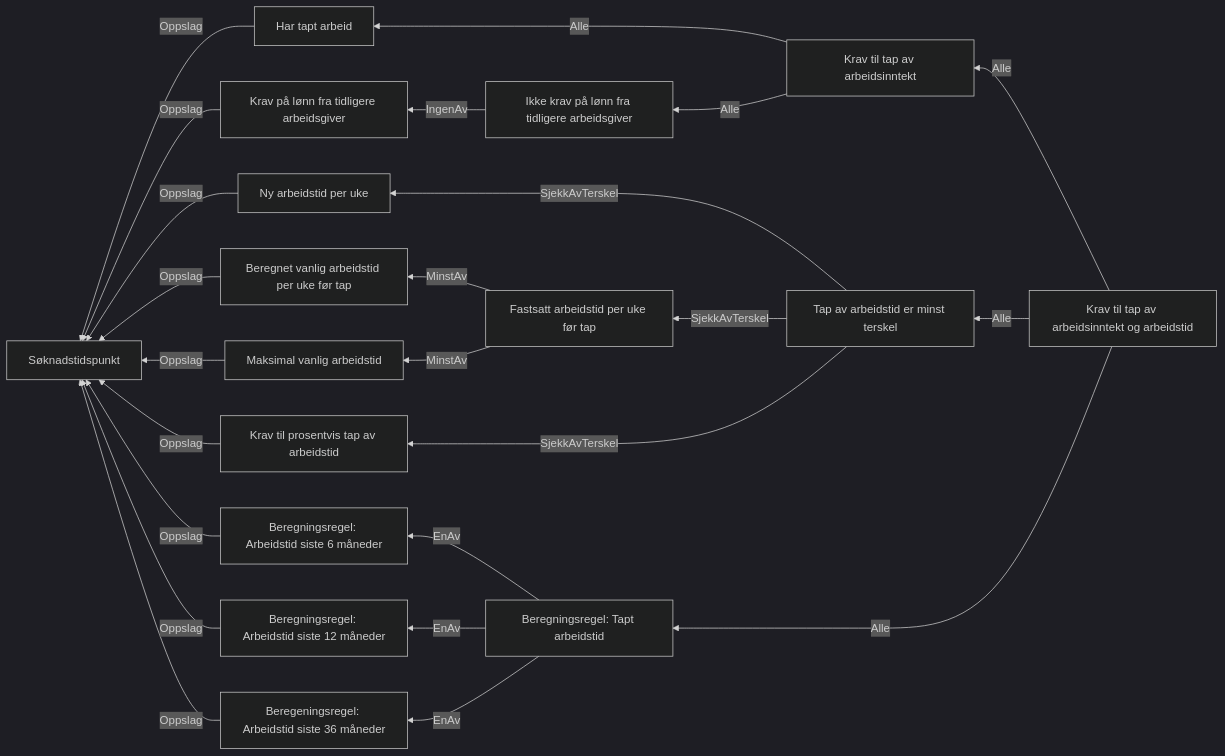
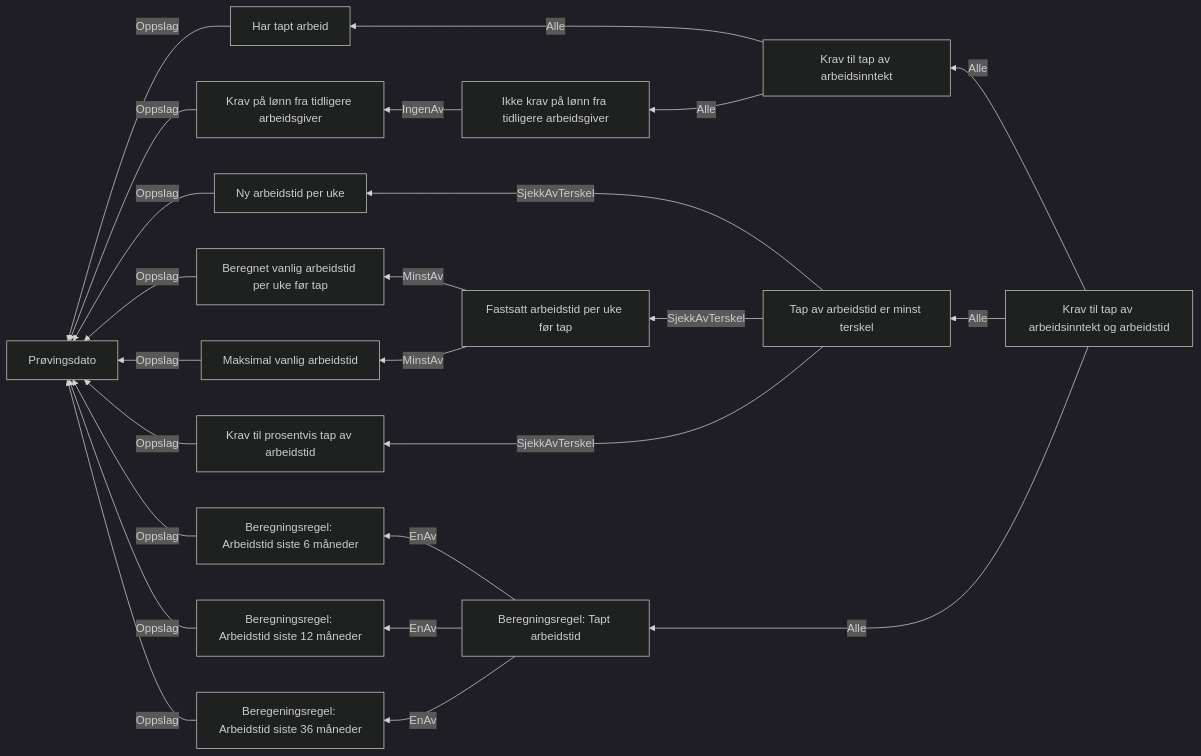
One commit to navikt/dp-vedtak changed the diagram in docs/regler/§ 4-3. Tap av arbeidsinntekt og arbeidstid.approved.md. Above: the diagram before and after it, drawn with Mermaid (dark theme). The commit also changed 41 other files, not shown here.

Commit message:
Bytt ut søknadstidspunkt med prøvingsdato i reglene

````diff
--- a/docs/regler/§ 4-3. Tap av arbeidsinntekt og arbeidstid.approved.md
+++ b/docs/regler/§ 4-3. Tap av arbeidsinntekt og arbeidstid.approved.md
@@ -5,26 +5,26 @@
 ```mermaid
 graph RL
-  A["Har tapt arbeid"] -->|"Oppslag"| B["Søknadstidspunkt"]
-  C["Krav på lønn fra tidligere arbeidsgiver"] -->|"Oppslag"| B["Søknadstidspunkt"]
+  A["Har tapt arbeid"] -->|"Oppslag"| B["Prøvingsdato"]
+  C["Krav på lønn fra tidligere arbeidsgiver"] -->|"Oppslag"| B["Prøvingsdato"]
   D["Ikke krav på lønn fra tidligere arbeidsgiver"] -->|"IngenAv"| C["Krav på lønn fra tidligere arbeidsgiver"]
   E["Krav til tap av arbeidsinntekt"] -->|"Alle"| A["Har tapt arbeid"]
   E["Krav til tap av arbeidsinntekt"] -->|"Alle"| D["Ikke krav på lønn fra tidligere arbeidsgiver"]
-  F["Krav til prosentvis tap av arbeidstid"] -->|"Oppslag"| B["Søknadstidspunkt"]
-  G["Beregningsregel: Arbeidstid siste 6 måneder"] -->|"Oppslag"| B["Søknadstidspunkt"]
-  H["Beregningsregel: Arbeidstid siste 12 måneder"] -->|"Oppslag"| B["Søknadstidspunkt"]
-  I["Beregeningsregel: Arbeidstid siste 36 måneder"] -->|"Oppslag"| B["Søknadstidspunkt"]
-  J["Beregnet vanlig arbeidstid per uke før tap"] -->|"Oppslag"| B["Søknadstidspunkt"]
-  K["Ny arbeidstid per uke"] -->|"Oppslag"| B["Søknadstidspunkt"]
-  L["Maksimal vanlig arbeidstid"] -->|"Oppslag"| B["Søknadstidspunkt"]
+  F["Krav til prosentvis tap av arbeidstid"] -->|"Oppslag"| B["Prøvingsdato"]
+  G["Beregningsregel: Arbeidstid siste 6 måneder"] -->|"Oppslag"| B["Prøvingsdato"]
+  H["Beregningsregel: Arbeidstid siste 12 måneder"] -->|"Oppslag"| B["Prøvingsdato"]
+  I["Beregeningsregel: Arbeidstid siste 36 måneder"] -->|"Oppslag"| B["Prøvingsdato"]
+  J["Beregnet vanlig arbeidstid per uke før tap"] -->|"Oppslag"| B["Prøvingsdato"]
+  K["Ny arbeidstid per uke"] -->|"Oppslag"| B["Prøvingsdato"]
+  L["Maksimal vanlig arbeidstid"] -->|"Oppslag"| B["Prøvingsdato"]
   M["Fastsatt arbeidstid per uke før tap"] -->|"MinstAv"| J["Beregnet vanlig arbeidstid per uke før tap"]
   M["Fastsatt arbeidstid per uke før tap"] -->|"MinstAv"| L["Maksimal vanlig arbeidstid"]
   N["Tap av arbeidstid er minst terskel"] -->|"SjekkAvTerskel"| K["Ny arbeidstid per uke"]
   N["Tap av arbeidstid er minst terskel"] -->|"SjekkAvTerskel"| M["Fastsatt arbeidstid per uke før tap"]
   N["Tap av arbeidstid er minst terskel"] -->|"SjekkAvTerskel"| F["Krav til prosentvis tap av arbeidstid"]
   O["Beregningsregel: Tapt arbeidstid"] -->|"EnAv"| G["Beregningsregel: Arbeidstid siste 6 måneder"]
   O["Beregningsregel: Tapt arbeidstid"] -->|"EnAv"| H["Beregningsregel: Arbeidstid siste 12 måneder"]
   O["Beregningsregel: Tapt arbeidstid"] -->|"EnAv"| I["Beregeningsregel: Arbeidstid siste 36 måneder"]
   P["Krav til tap av arbeidsinntekt og arbeidstid"] -->|"Alle"| E["Krav til tap av arbeidsinntekt"]
   P["Krav til tap av arbeidsinntekt og arbeidstid"] -->|"Alle"| N["Tap av arbeidstid er minst terskel"]
   P["Krav til tap av arbeidsinntekt og arbeidstid"] -->|"Alle"| O["Beregningsregel: Tapt arbeidstid"]
 ```
````
